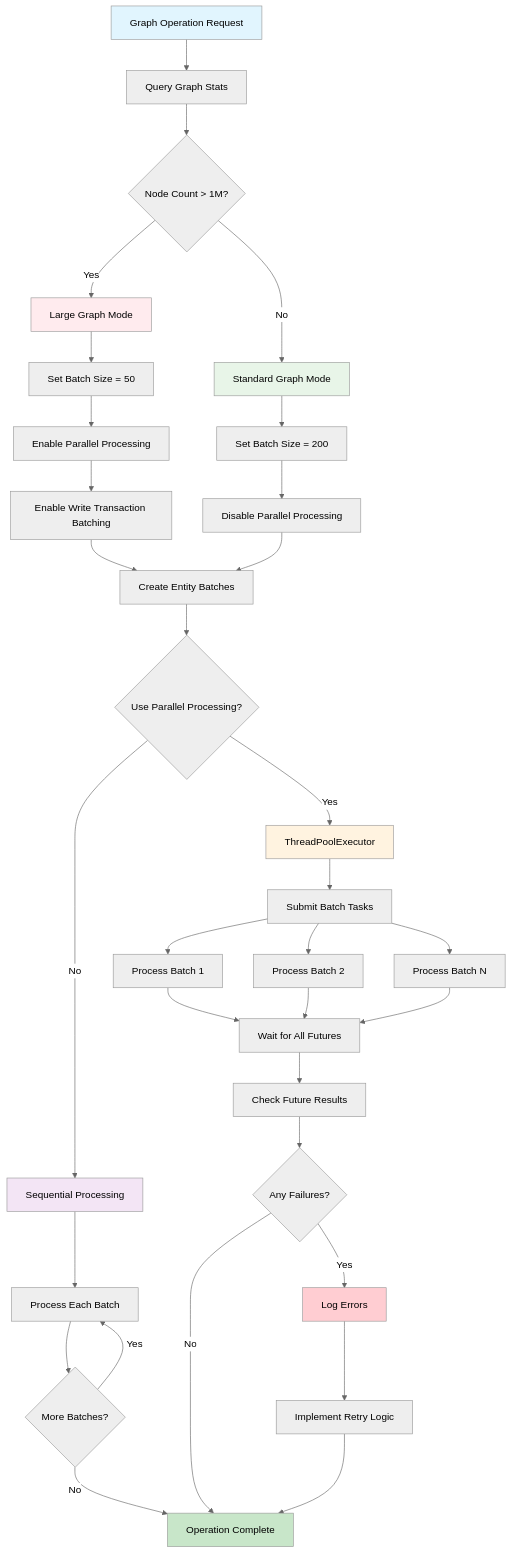
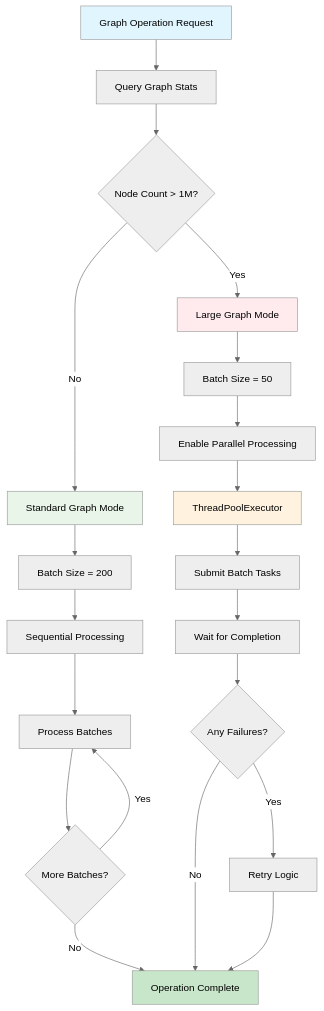
One commit to varunsaagar/mem0 changed the eighth of 15 diagrams in mem0_graph_flow_analysis.md. Above: the diagram before and after it, drawn with Mermaid (neutral theme). The commit also changed other lines of this file, not shown here.

Commit message:
Refactor memory flow diagrams for clarity and simplification

````diff
--- a/mem0_graph_flow_analysis.md
+++ b/mem0_graph_flow_analysis.md
@@ -661,51 +609,36 @@
 ```mermaid
 graph TD
     A[Graph Operation Request] --> B[Query Graph Stats]
     B --> C{Node Count > 1M?}
     
     C -->|Yes| D[Large Graph Mode]
     C -->|No| E[Standard Graph Mode]
     
-    D --> F[Set Batch Size = 50]
-    F --> G[Enable Parallel Processing]
-    G --> H[Enable Write Transaction Batching]
+    D --> F[Batch Size = 50]
+    E --> G[Batch Size = 200]
     
-    E --> I[Set Batch Size = 200]
-    I --> J[Disable Parallel Processing]
+    F --> H[Enable Parallel Processing]
+    G --> I[Sequential Processing]
     
-    H --> K[Create Entity Batches]
-    J --> K
+    H --> J[ThreadPoolExecutor]
+    I --> K[Process Batches]
     
-    K --> L{Use Parallel Processing?}
-    L -->|Yes| M[ThreadPoolExecutor]
-    L -->|No| N[Sequential Processing]
+    J --> L[Submit Batch Tasks]
+    L --> M[Wait for Completion]
     
-    M --> O[Submit Batch Tasks]
-    O --> P[Process Batch 1]
-    O --> Q[Process Batch 2]
-    O --> R[Process Batch N]
+    K --> N{More Batches?}
+    N -->|Yes| K
+    N -->|No| O[Operation Complete]
     
-    P --> S[Wait for All Futures]
-    Q --> S
-    R --> S
+    M --> P{Any Failures?}
+    P -->|Yes| Q[Retry Logic]
+    P -->|No| O
     
-    N --> T[Process Each Batch]
-    T --> U{More Batches?}
-    U -->|Yes| T
-    U -->|No| V[Operation Complete]
-    
-    S --> W[Check Future Results]
-    W --> X{Any Failures?}
-    X -->|Yes| Y[Log Errors]
-    X -->|No| V
-    Y --> Z[Implement Retry Logic]
-    Z --> V
+    Q --> O
     
     style A fill:#e1f5fe
     style D fill:#ffebee
     style E fill:#e8f5e8
-    style M fill:#fff3e0
-    style N fill:#f3e5f5
-    style V fill:#c8e6c9
-    style Y fill:#ffcdd2
+    style J fill:#fff3e0
+    style O fill:#c8e6c9
 ```
````
